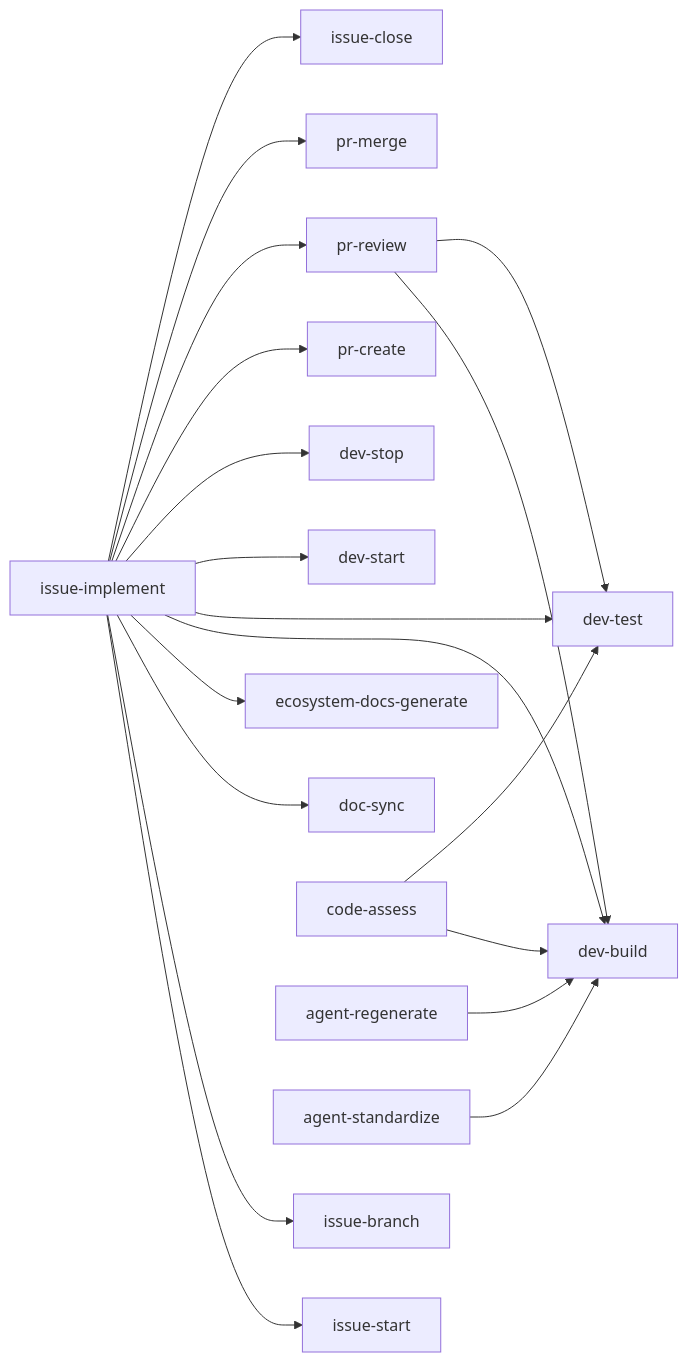
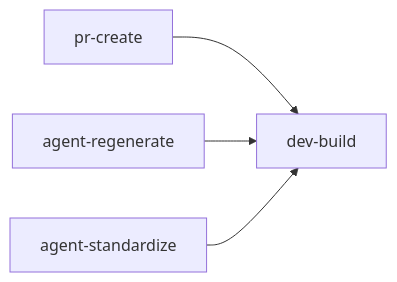
One commit to ashitaka-emishi/lob-online changed the second of 2 diagrams in docs/claude-ecosystem/network-diagram.md. Above: the diagram before and after it, drawn with Mermaid. The commit also changed other lines of this file and 9 other files, not shown here.

````diff
--- a/docs/claude-ecosystem/network-diagram.md
+++ b/docs/claude-ecosystem/network-diagram.md
@@ -71,24 +55,7 @@
 ```mermaid
 graph LR
-  issue-implement --> issue-start
-  issue-implement --> issue-branch
-  issue-implement --> doc-sync
-  issue-implement --> ecosystem-docs-generate
-  issue-implement --> dev-build
-  issue-implement --> dev-test
-  issue-implement --> dev-start
-  issue-implement --> dev-stop
-  issue-implement --> pr-create
-  issue-implement --> pr-review
-  issue-implement --> pr-merge
-  issue-implement --> issue-close
-
-  pr-review --> dev-build
-  pr-review --> dev-test
-
-  code-assess --> dev-build
-  code-assess --> dev-test
+  pr-create --> dev-build
 
   agent-regenerate --> dev-build
   agent-standardize --> dev-build
 ```
````
